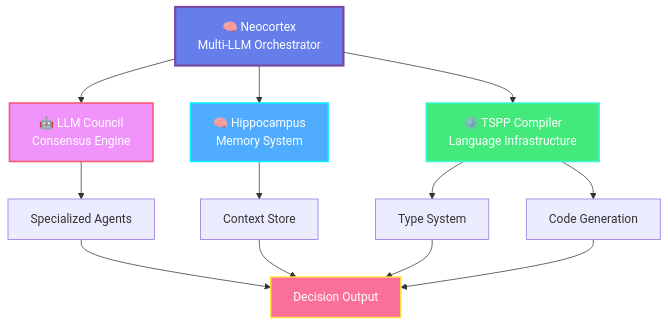
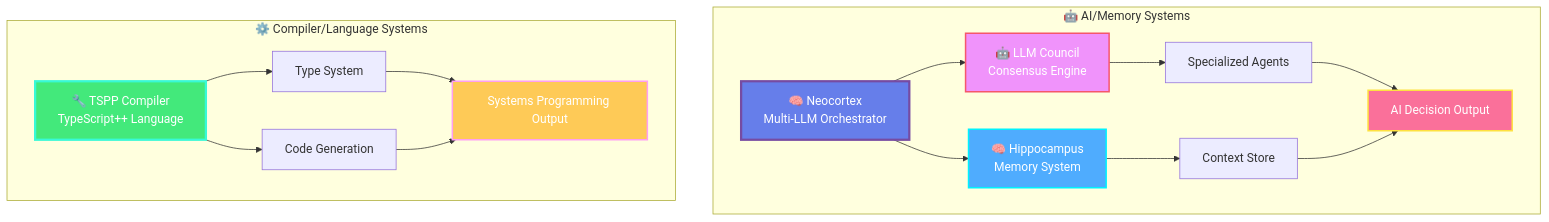
Before and after one commit to theQuarky/theQuarky: the diagram in README.md, drawn with Mermaid. The commit also changed other lines of this file, not shown here.

Commit message:
Separate TSPP Compiler as standalone language project from AI systems

````diff
--- a/README.md
+++ b/README.md
@@ -44,22 +48,26 @@
 ```mermaid
 graph TD
-    A[🧠 Neocortex<br/>Multi-LLM Orchestrator] --> B[🤖 LLM Council<br/>Consensus Engine]
-    A --> C[🧠 Hippocampus<br/>Memory System]
-    A --> D[⚙️ TSPP Compiler<br/>Language Infrastructure]
+    subgraph AI["🤖 AI/Memory Systems"]
+        A[🧠 Neocortex<br/>Multi-LLM Orchestrator] --> B[🤖 LLM Council<br/>Consensus Engine]
+        A --> C[🧠 Hippocampus<br/>Memory System]
+        B --> E[Specialized Agents]
+        C --> F[Context Store]
+        E --> I[AI Decision Output]
+        F --> I
+    end
     
-    B --> E[Specialized Agents]
-    C --> F[Context Store]
-    D --> G[Type System]
-    D --> H[Code Generation]
-    
-    E --> I[Decision Output]
-    F --> I
-    G --> I
-    H --> I
+    subgraph COMPILER["⚙️ Compiler/Language Systems"]
+        D[🔧 TSPP Compiler<br/>TypeScript++ Language]
+        D --> G[Type System]
+        D --> H[Code Generation]
+        G --> J[Systems Programming Output]
+        H --> J
+    end
     
     style A fill:#667eea,stroke:#764ba2,stroke-width:3px,color:#fff
     style B fill:#f093fb,stroke:#f5576c,stroke-width:2px,color:#fff
     style C fill:#4facfe,stroke:#00f2fe,stroke-width:2px,color:#fff
-    style D fill:#43e97b,stroke:#38f9d7,stroke-width:2px,color:#fff
+    style D fill:#43e97b,stroke:#38f9d7,stroke-width:3px,color:#fff
     style I fill:#fa709a,stroke:#fee140,stroke-width:2px,color:#fff
+    style J fill:#feca57,stroke:#ff9ff3,stroke-width:2px,color:#fff
 ```
````
